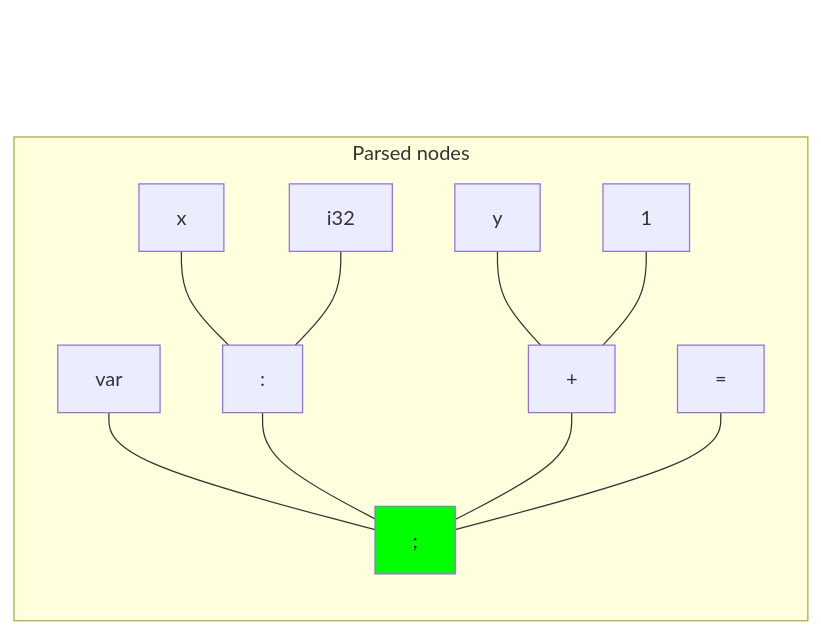
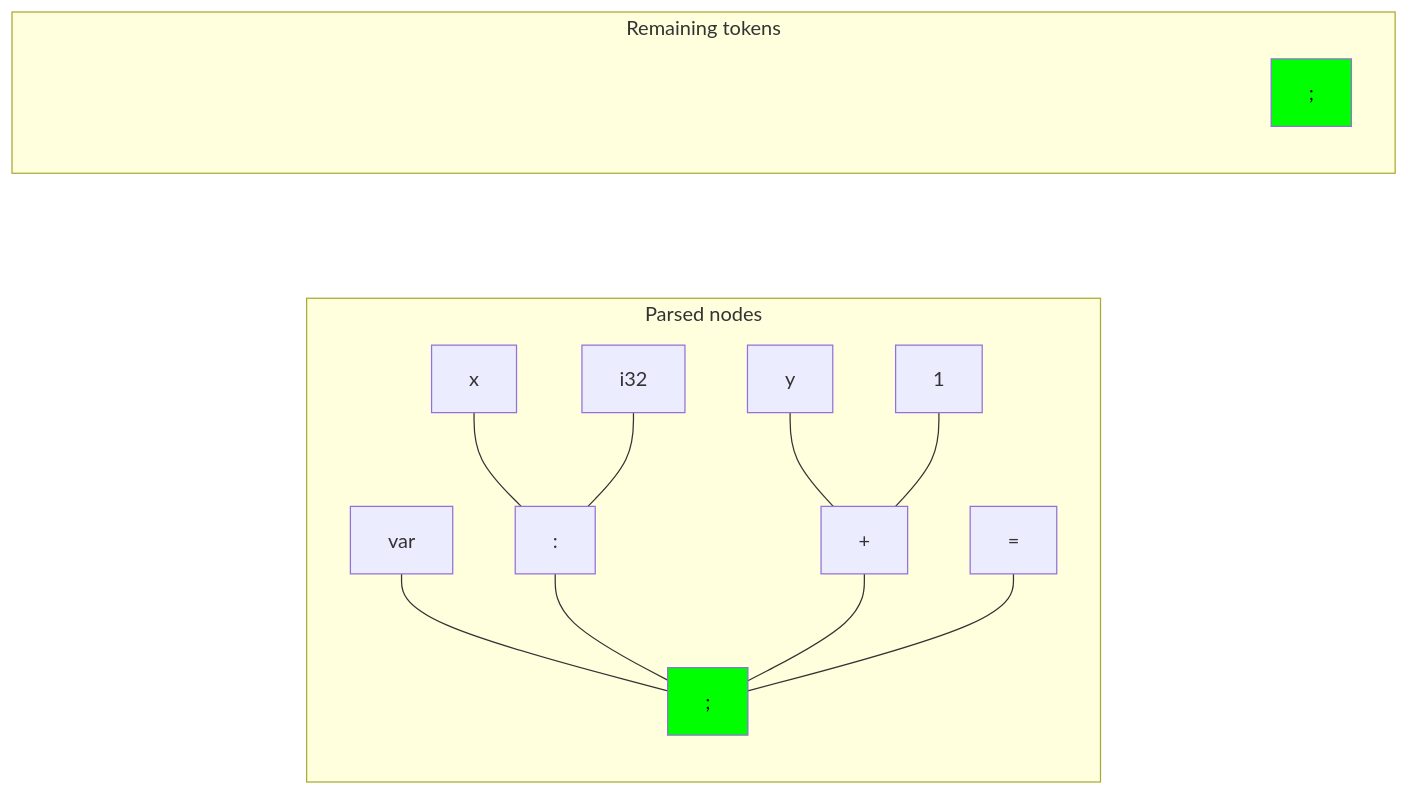
Before and after one commit to carbon-language/carbon-lang: the sixth of 9 diagrams in toolchain/docs/parse.md, drawn with Mermaid. The commit also changed other lines of this file, not shown here.

````diff
--- a/toolchain/docs/parse.md
+++ b/toolchain/docs/parse.md
@@ -404,29 +396,45 @@
 ```mermaid
 flowchart BT
-    root:::hidden
+    subgraph tokens["Remaining tokens"]
+        token1[var]:::used
+        token2[x]:::used
+        token3[:]:::used
+        token4[i32]:::used
+        token5[=]:::used
+        token6[y]:::used
+        token7[+]:::used
+        token8[1]:::used
+        token9[;]:::moved
+    end
+
     subgraph nodes["Parsed nodes"]
         direction BT
         node1[var]
         node2[x]
         node3[:]
         node4[i32]
         node5[=]
         node6[y]
         node7[+]
         node8[1]
         node9[;]:::moved
     end
 
+    %% A token which has been used.
+    classDef used visibility:hidden
+    %% A node which will be used, but hasn't yet been.
     classDef pending visibility:hidden
+    %% A token or node which is actively being used.
     classDef moved fill:#0F0,color:#000
-    classDef hidden visibility:hidden,display:none
 
-    node1 ~~~~ root
+    nodes ~~~ tokens
+
+    node1 ~~~~ tokens
     node3 --- node2 & node4
-    node3 ~~~ root
-    node5 ~~~~ root
+    node3 ~~~ tokens
+    node5 ~~~~ tokens
     node7 --- node6 & node8
-    node7 ~~~ root
+    node7 ~~~ tokens
     node9 --- node1 & node3 & node5 & node7
-    node9 ~~~ root
+    node9 ~~~ tokens
 ```
````
